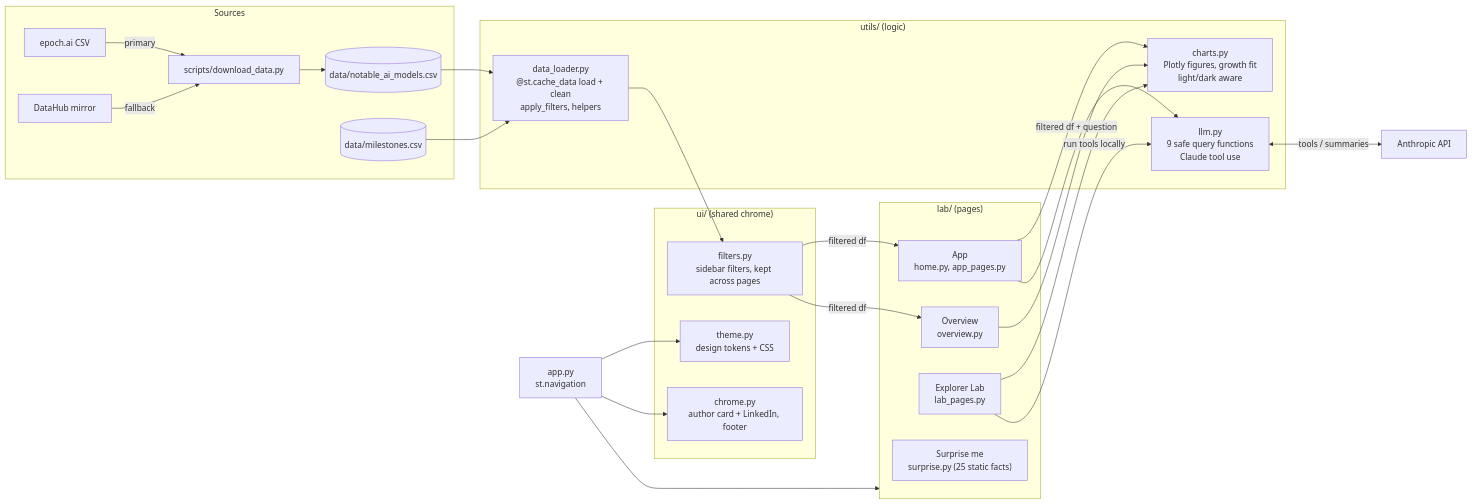
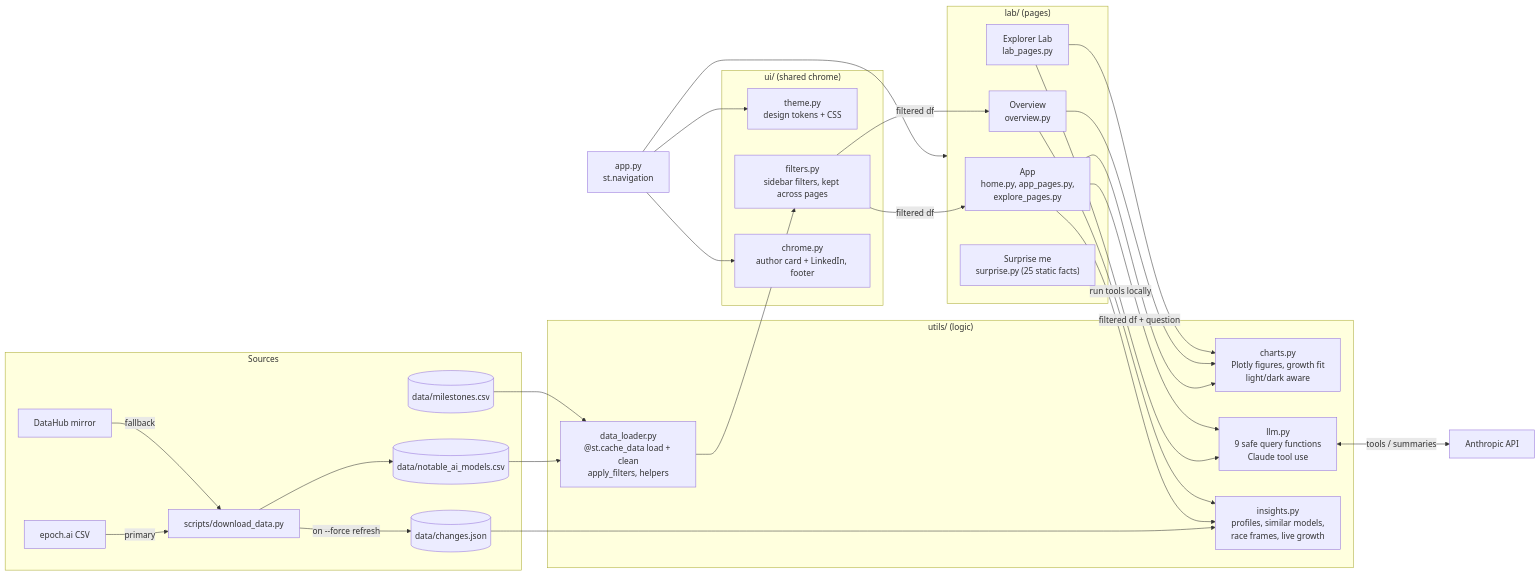
Before and after one commit to ashutoshkaushik/ai-model-explorer: the diagram in README.md, drawn with Mermaid. The commit also changed other lines of this file and 11 other files, not shown here.

First line of the commit message:
Compute race, model finder, compare, costs, live counter, what's new

````diff
--- a/README.md
+++ b/README.md
@@ -56,43 +61,48 @@
 ```mermaid
 flowchart LR
     subgraph Sources
         E[epoch.ai CSV] -->|primary| DL
         D[DataHub mirror] -->|fallback| DL
         DL[scripts/download_data.py] --> CSV[(data/notable_ai_models.csv)]
+        DL -->|on --force refresh| CHG[(data/changes.json)]
         MS[(data/milestones.csv)]
     end
 
     subgraph utils["utils/ (logic)"]
         LOAD["data_loader.py<br/>@st.cache_data load + clean<br/>apply_filters, helpers"]
         CH["charts.py<br/>Plotly figures, growth fit<br/>light/dark aware"]
         LLM["llm.py<br/>9 safe query functions<br/>Claude tool use"]
+        INS["insights.py<br/>profiles, similar models,<br/>race frames, live growth"]
     end
 
     subgraph ui["ui/ (shared chrome)"]
         TH["theme.py<br/>design tokens + CSS"]
         FL["filters.py<br/>sidebar filters, kept across pages"]
         CR["chrome.py<br/>author card + LinkedIn, footer"]
     end
 
     subgraph pages["lab/ (pages)"]
-        P1["App<br/>home.py, app_pages.py"]
+        P1["App<br/>home.py, app_pages.py,<br/>explore_pages.py"]
         P2["Overview<br/>overview.py"]
         P3["Explorer Lab<br/>lab_pages.py"]
         P4["Surprise me<br/>surprise.py (25 static facts)"]
     end
 
     CSV --> LOAD
     MS --> LOAD
+    CHG --> INS
     APP["app.py<br/>st.navigation"] --> pages
     APP --> TH
     APP --> CR
     LOAD --> FL
     FL -->|filtered df| P1
     FL -->|filtered df| P2
     P1 --> CH
+    P1 --> INS
+    P2 --> INS
     P2 --> CH
     P3 --> CH
     P3 -->|run tools locally| LLM
     P1 -->|filtered df + question| LLM
     LLM <-->|tools / summaries| API[Anthropic API]
 ```
````
